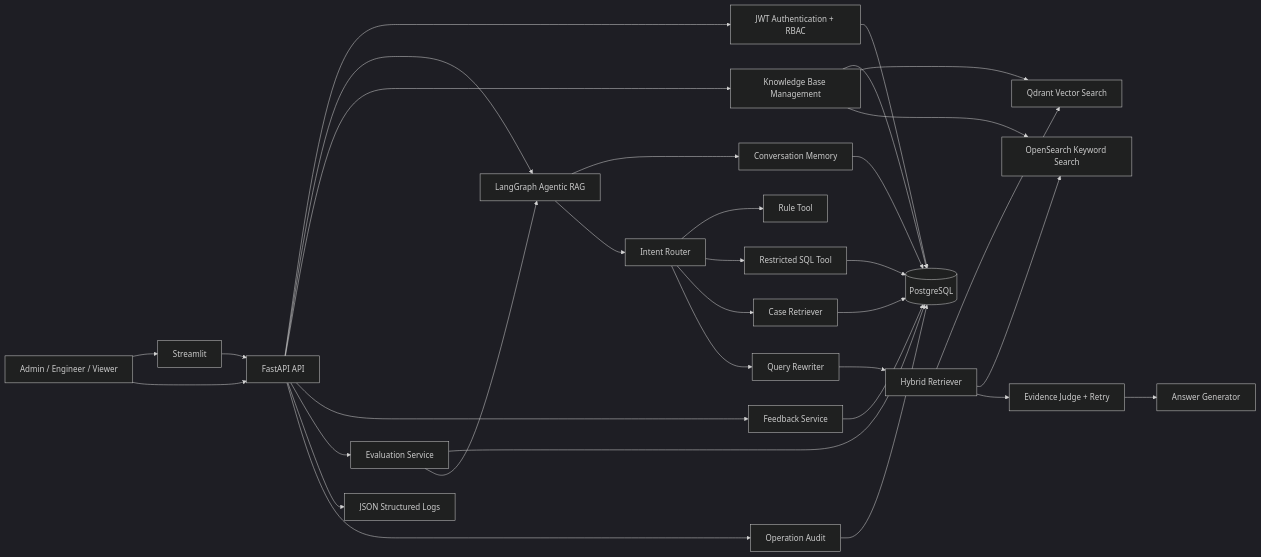
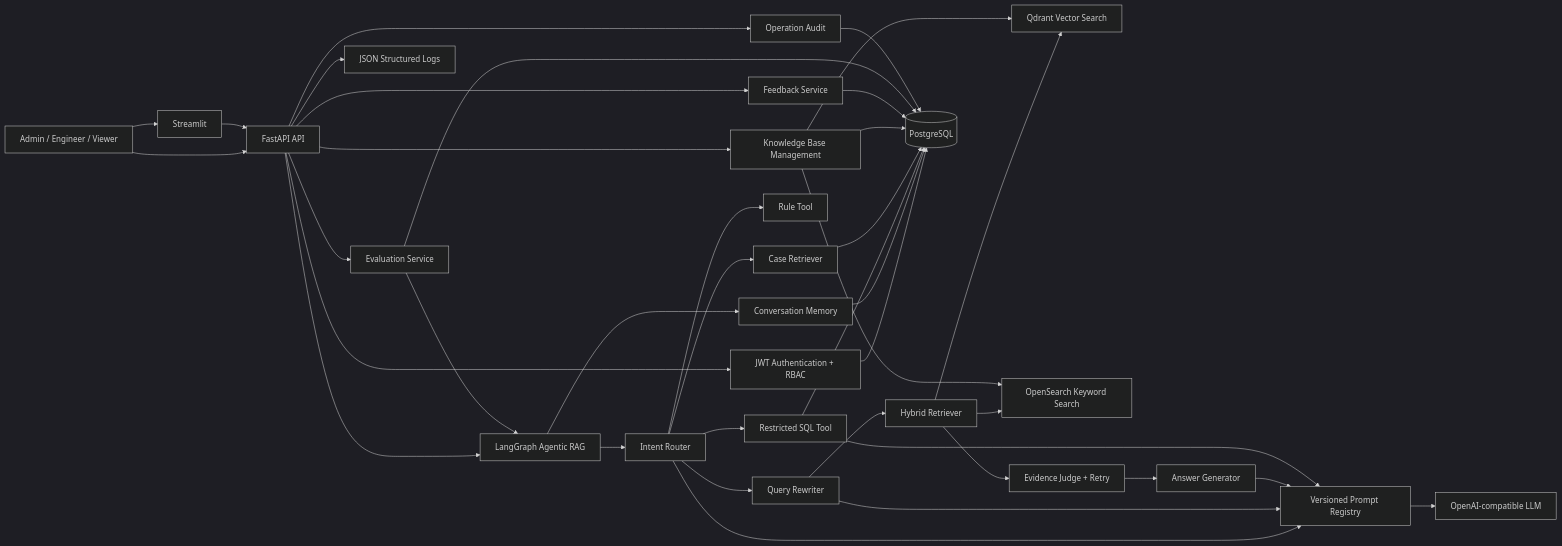
Before and after one commit to nwxshm-ylj/Industrial-Quality-Agentic-RAG-Assistant: the diagram in README.md, drawn with Mermaid (dark theme). The commit also changed other lines of this file and 32 other files, not shown here.

```diff
--- a/README.md
+++ b/README.md
@@ -20,39 +20,44 @@
 ~~~mermaid
 flowchart LR
     User[Admin / Engineer / Viewer] --> UI[Streamlit]
     User --> API[FastAPI API]
     UI --> API
 
     API --> Auth[JWT Authentication + RBAC]
     API --> Graph[LangGraph Agentic RAG]
     API --> KB[Knowledge Base Management]
     API --> Feedback[Feedback Service]
     API --> Eval[Evaluation Service]
 
     Graph --> Memory[Conversation Memory]
     Graph --> Router[Intent Router]
     Router --> Rule[Rule Tool]
     Router --> SQL[Restricted SQL Tool]
     Router --> Case[Case Retriever]
     Router --> Rewrite[Query Rewriter]
     Rewrite --> Hybrid[Hybrid Retriever]
     Hybrid --> Vector[Qdrant Vector Search]
     Hybrid --> Keyword[OpenSearch Keyword Search]
     Hybrid --> Judge[Evidence Judge + Retry]
     Judge --> Generator[Answer Generator]
+    Router --> Prompt[Versioned Prompt Registry]
+    Rewrite --> Prompt
+    Generator --> Prompt
+    SQL --> Prompt
+    Prompt --> LLM[OpenAI-compatible LLM]
 
     Auth --> PG[(PostgreSQL)]
     Memory --> PG
     SQL --> PG
     Case --> PG
     KB --> PG
     KB --> Vector
     KB --> Keyword
     Feedback --> PG
     Eval --> PG
     Eval --> Graph
 
     API --> Logs[JSON Structured Logs]
     API --> Audit[Operation Audit]
     Audit --> PG
 ~~~
```
